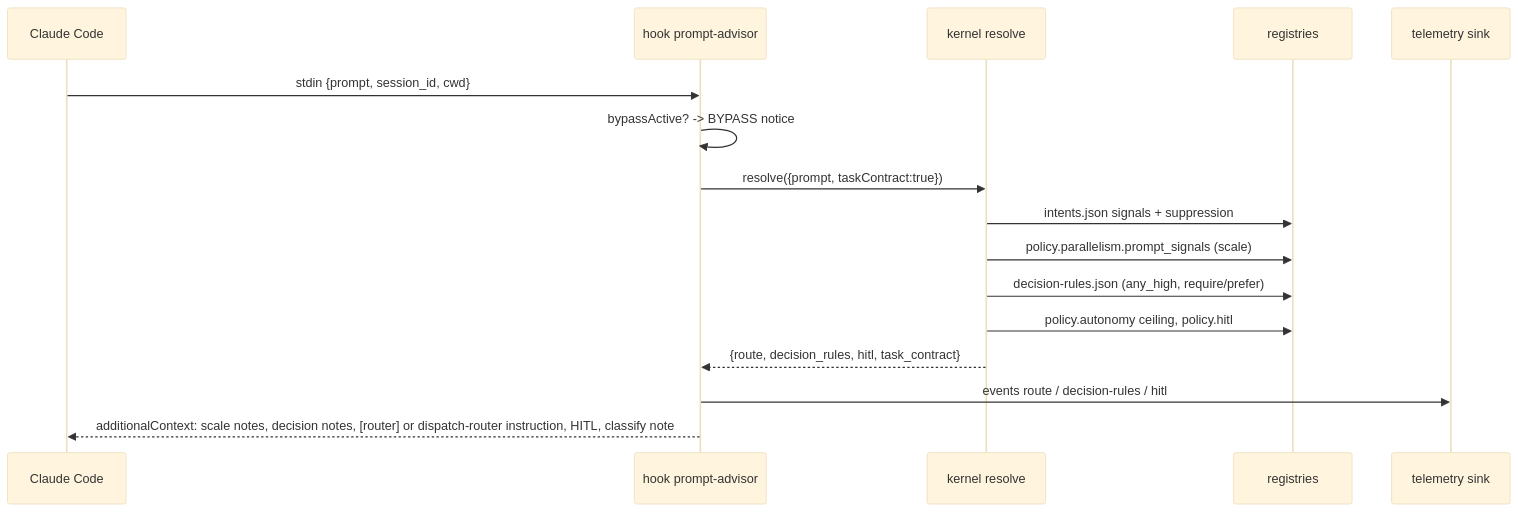
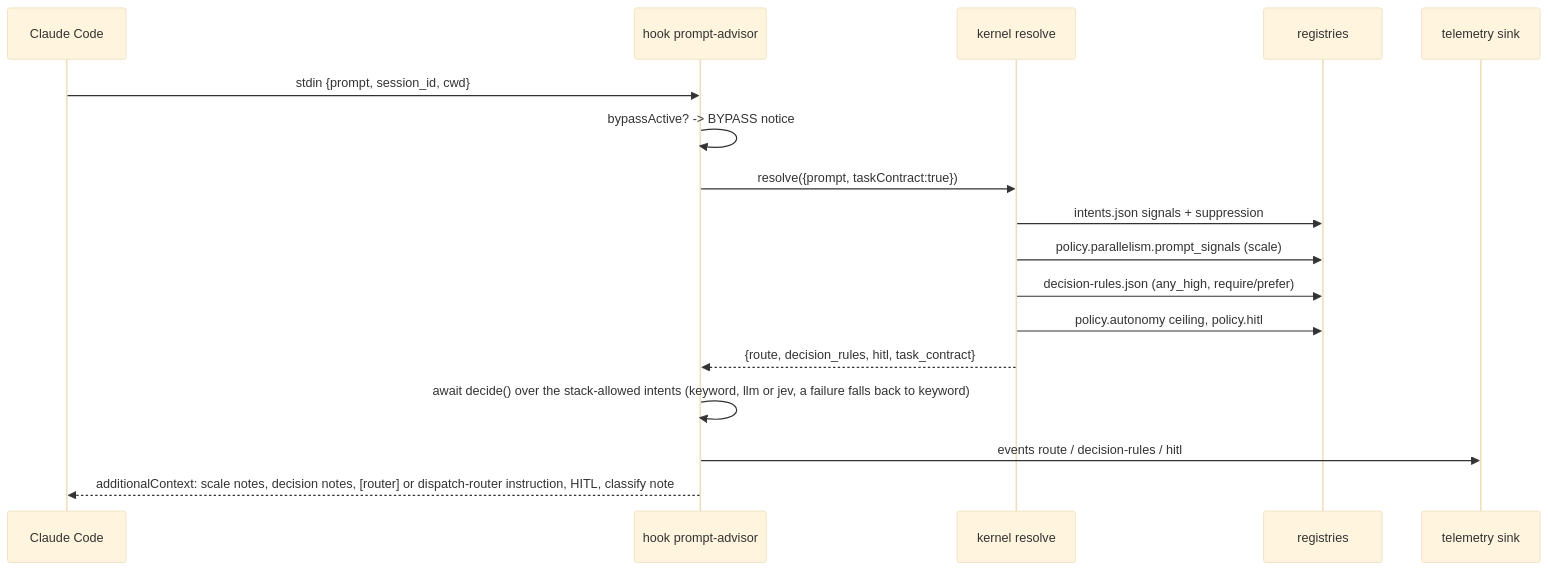
One commit to ricardofagmerspesia/engineos changed the second of 5 diagrams in docs/CODEBASE_MAP.md. Above: the diagram before and after it, drawn with Mermaid (base theme). The commit also changed other lines of this file and 30 other files, not shown here.

````diff
--- a/docs/CODEBASE_MAP.md
+++ b/docs/CODEBASE_MAP.md
@@ -253,19 +255,20 @@
 ```mermaid
 sequenceDiagram
     participant CC as Claude Code
     participant H as hook prompt-advisor
     participant K as kernel resolve
     participant R as registries
     participant T as telemetry sink
 
     CC->>H: stdin {prompt, session_id, cwd}
     H->>H: bypassActive? -> BYPASS notice
     H->>K: resolve({prompt, taskContract:true})
     K->>R: intents.json signals + suppression
     K->>R: policy.parallelism.prompt_signals (scale)
     K->>R: decision-rules.json (any_high, require/prefer)
     K->>R: policy.autonomy ceiling, policy.hitl
     K-->>H: {route, decision_rules, hitl, task_contract}
+    H->>H: await decide() over the stack-allowed intents (keyword, llm or jev, a failure falls back to keyword)
     H->>T: events route / decision-rules / hitl
     H-->>CC: additionalContext: scale notes, decision notes, [router] or dispatch-router instruction, HITL, classify note
 ```
````
